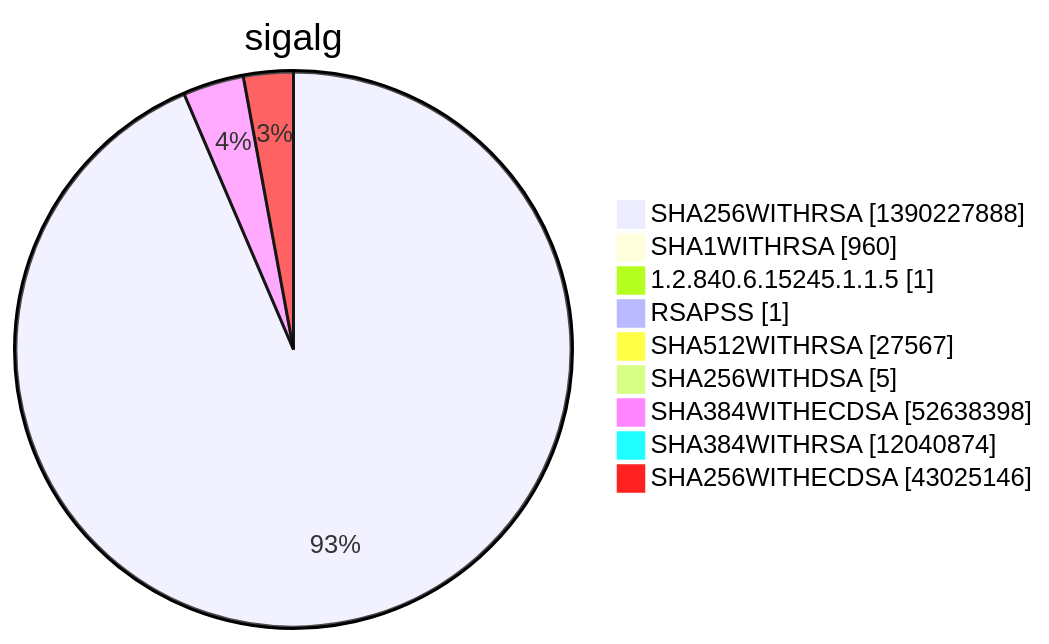
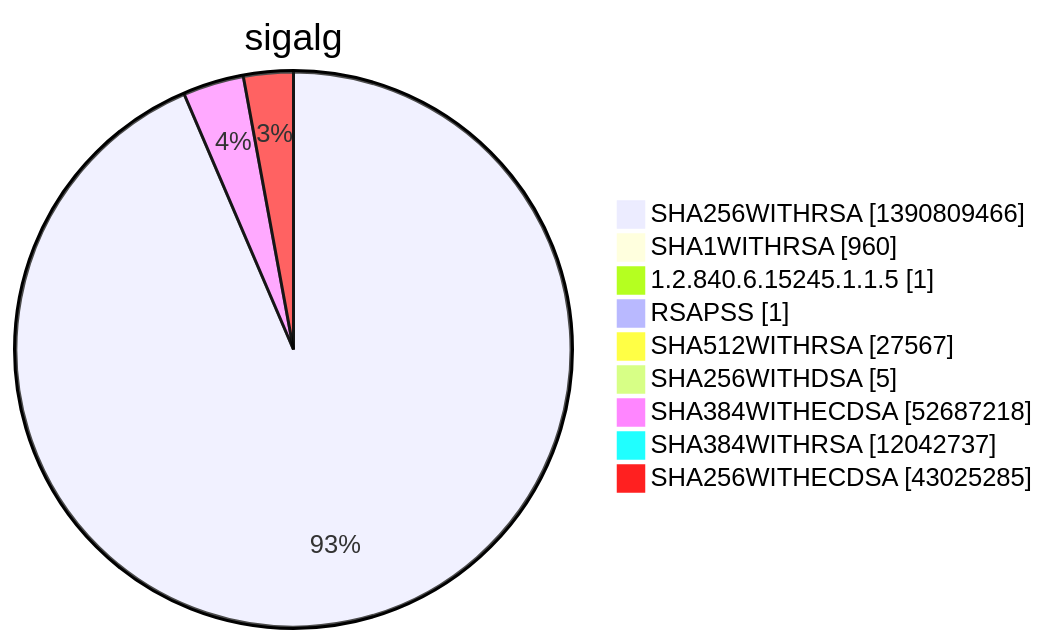
One commit to christiankrug/ctmonitor_visualization changed diagram 15 of 15 in argon2022/README.md. Above: the diagram before and after it, drawn with Mermaid. The commit also changed other lines of this file, not shown here.

````diff
--- a/argon2022/README.md
+++ b/argon2022/README.md
@@ -5524,13 +5524,13 @@
 ```mermaid
 pie showData
 title sigalg
-"SHA256WITHRSA" :1390227888
+"SHA256WITHRSA" :1390809466
 "SHA1WITHRSA" :960
 "1.2.840.6.15245.1.1.5" :1
 "RSAPSS" :1
 "SHA512WITHRSA" :27567
 "SHA256WITHDSA" :5
-"SHA384WITHECDSA" :52638398
-"SHA384WITHRSA" :12040874
-"SHA256WITHECDSA" :43025146
+"SHA384WITHECDSA" :52687218
+"SHA384WITHRSA" :12042737
+"SHA256WITHECDSA" :43025285
 ```
````
